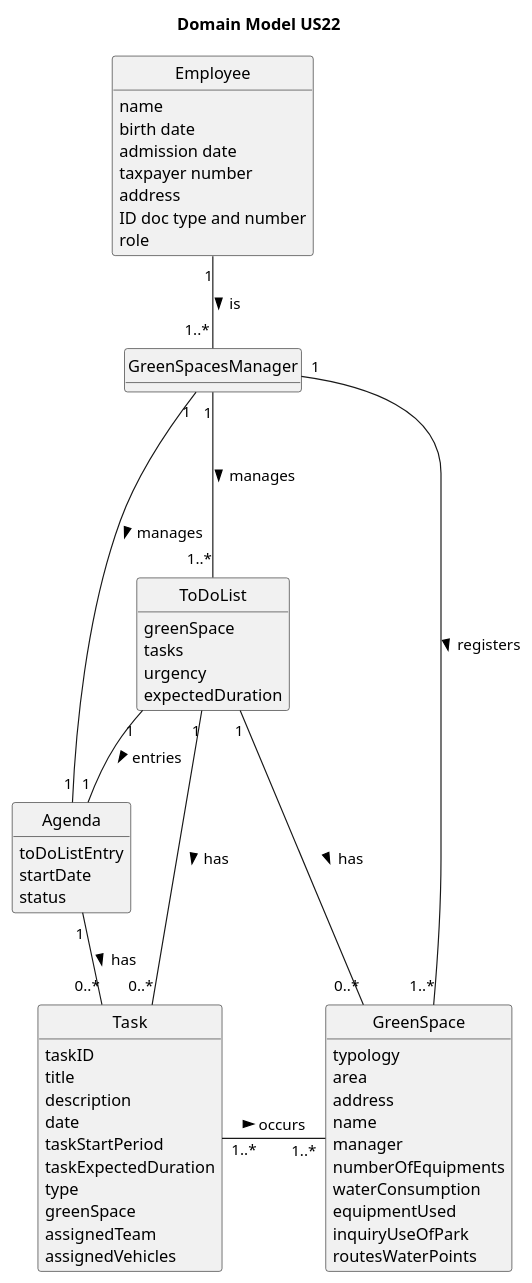
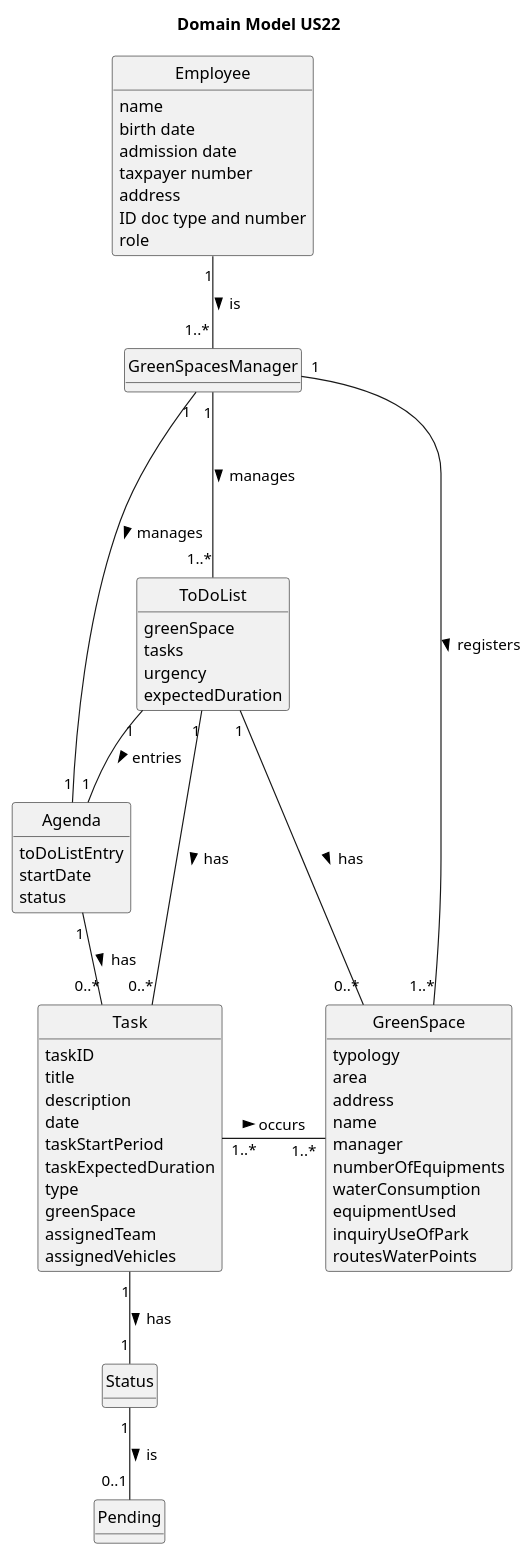
One commit to LopemigueISEP/lei-24-s2-1nb-g312 changed the diagram in docs/sprintC/US022/02.analysis/puml/us22-domain-model.puml. Above: the diagram before and after it, drawn with PlantUML. The commit also changed 4 other files, not shown here.

```diff
--- a/docs/sprintC/US022/02.analysis/puml/us22-domain-model.puml
+++ b/docs/sprintC/US022/02.analysis/puml/us22-domain-model.puml
@@ -1,77 +1,82 @@
 @startuml
 skinparam monochrome true
 skinparam packageStyle rectangle
 skinparam shadowing false
 
 'left to right direction
 
 skinparam classAttributeIconSize 0
 
 hide circle
 hide methods
 
 title Domain Model US22
 
 
 class Employee {
     name
     birth date
     contact (email/phone)
     admission date
     taxpayer number
     address
     ID doc type and number
     role
 }
 
 class Task {
     taskID
     title
     description
     date
     taskStartPeriod
     taskExpectedDuration
     type
     greenSpace
     assignedTeam
     assignedVehicles
 }
 class GreenSpacesManager{
 
 }
 
 class ToDoList{
     greenSpace
     tasks
     urgency
     expectedDuration
 }
 class GreenSpace {
     typology
     area
     address
     name
     manager
     numberOfEquipments
     waterConsumption
     equipmentUsed
     inquiryUseOfPark
     routesWaterPoints
 }
 class Agenda {
     toDoListEntry
     startDate
     status
 }
+class Status {
+}
+
 Employee "1" -- "1..*" GreenSpacesManager : is >
 GreenSpacesManager "1" --- "1..*" ToDoList : manages >
 GreenSpacesManager "1" -- "1" Agenda : manages >
 ToDoList "1" -- "1" Agenda : entries >
 GreenSpacesManager "1" -- "1..*" GreenSpace : registers >
 ToDoList "1" -- "0..*" GreenSpace : has >
 Agenda "1" -- "0..*" Task : has >
 Task "1..*" - "1..*" GreenSpace: occurs >
 ToDoList "1" -- "0..*" Task : has >
+Status "1" -- "0..1" Pending : is >
+Task "1" -- "1" Status : has >
 
 
 @enduml
```
